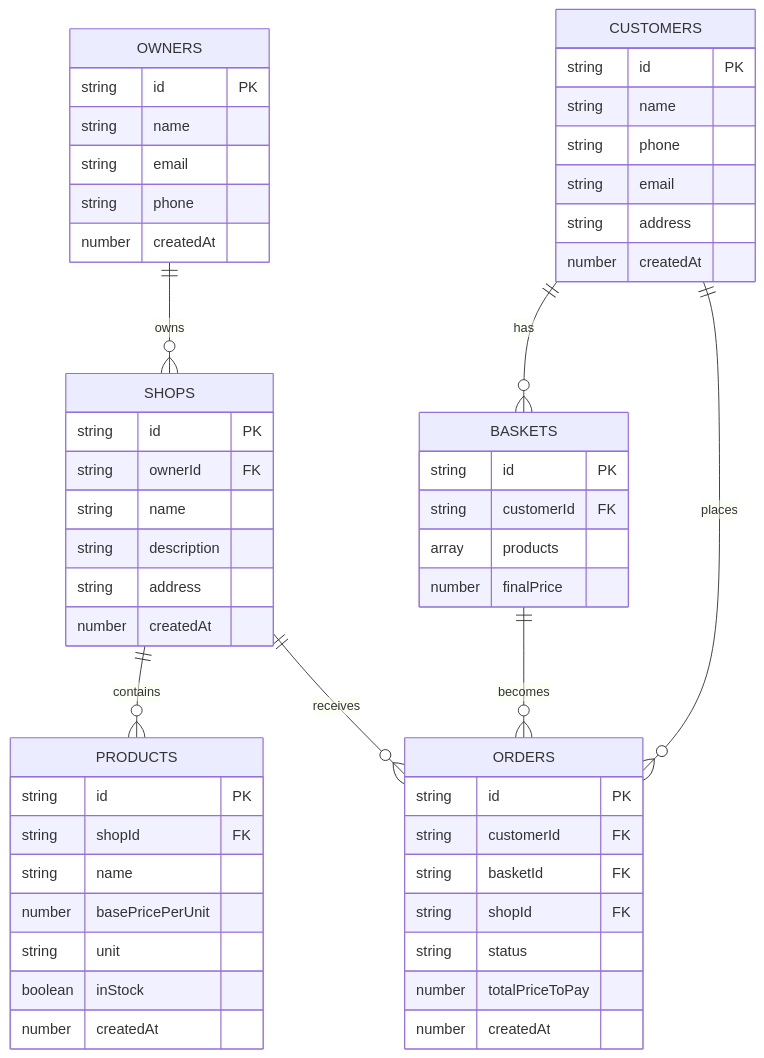
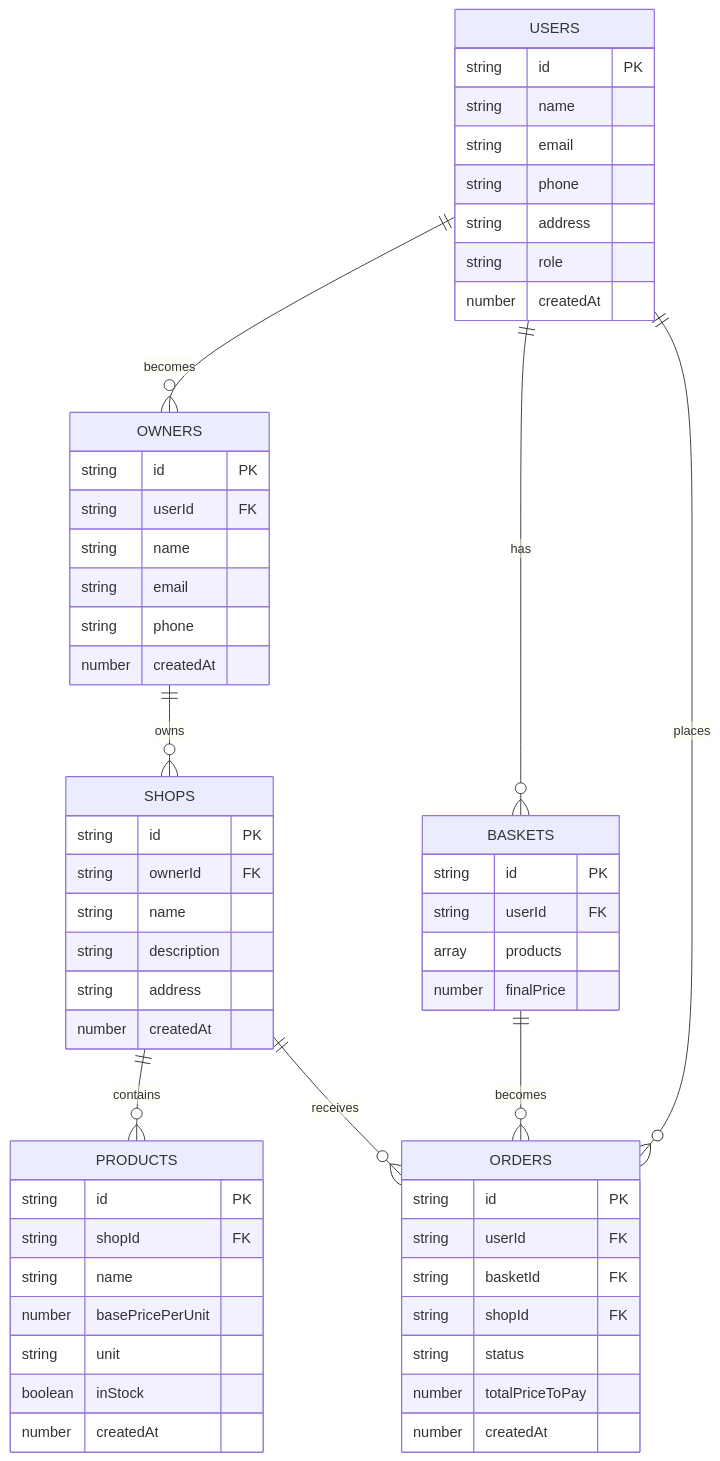
Before and after one commit to vctrubio/claude7daychallenge-picoteo: the diagram in README.md, drawn with Mermaid. The commit also changed other lines of this file and 25 other files, not shown here.

First line of the commit message:
Complete e-commerce checkout flow with basket management

````diff
--- a/README.md
+++ b/README.md
@@ -34,62 +34,65 @@
 ```mermaid
 erDiagram
+    USERS {
+        string id PK
+        string name
+        string email
+        string phone
+        string address
+        string role
+        number createdAt
+    }
+
     OWNERS {
         string id PK
+        string userId FK
         string name
         string email
         string phone
         number createdAt
     }
 
     SHOPS {
         string id PK
         string ownerId FK
         string name
         string description
         string address
         number createdAt
     }
 
     PRODUCTS {
         string id PK
         string shopId FK
         string name
         number basePricePerUnit
         string unit
         boolean inStock
         number createdAt
     }
 
-    CUSTOMERS {
-        string id PK
-        string name
-        string phone
-        string email
-        string address
-        number createdAt
-    }
-
     BASKETS {
         string id PK
-        string customerId FK
+        string userId FK
         array products
         number finalPrice
     }
 
     ORDERS {
         string id PK
-        string customerId FK
+        string userId FK
         string basketId FK
         string shopId FK
         string status
         number totalPriceToPay
         number createdAt
     }
 
+    USERS ||--o{ OWNERS : becomes
     OWNERS ||--o{ SHOPS : owns
     SHOPS ||--o{ PRODUCTS : contains
-    CUSTOMERS ||--o{ BASKETS : has
-    CUSTOMERS ||--o{ ORDERS : places
+    USERS ||--o{ BASKETS : has
+    USERS ||--o{ ORDERS : places
     BASKETS ||--o{ ORDERS : becomes
     SHOPS ||--o{ ORDERS : receives
 ```
````
